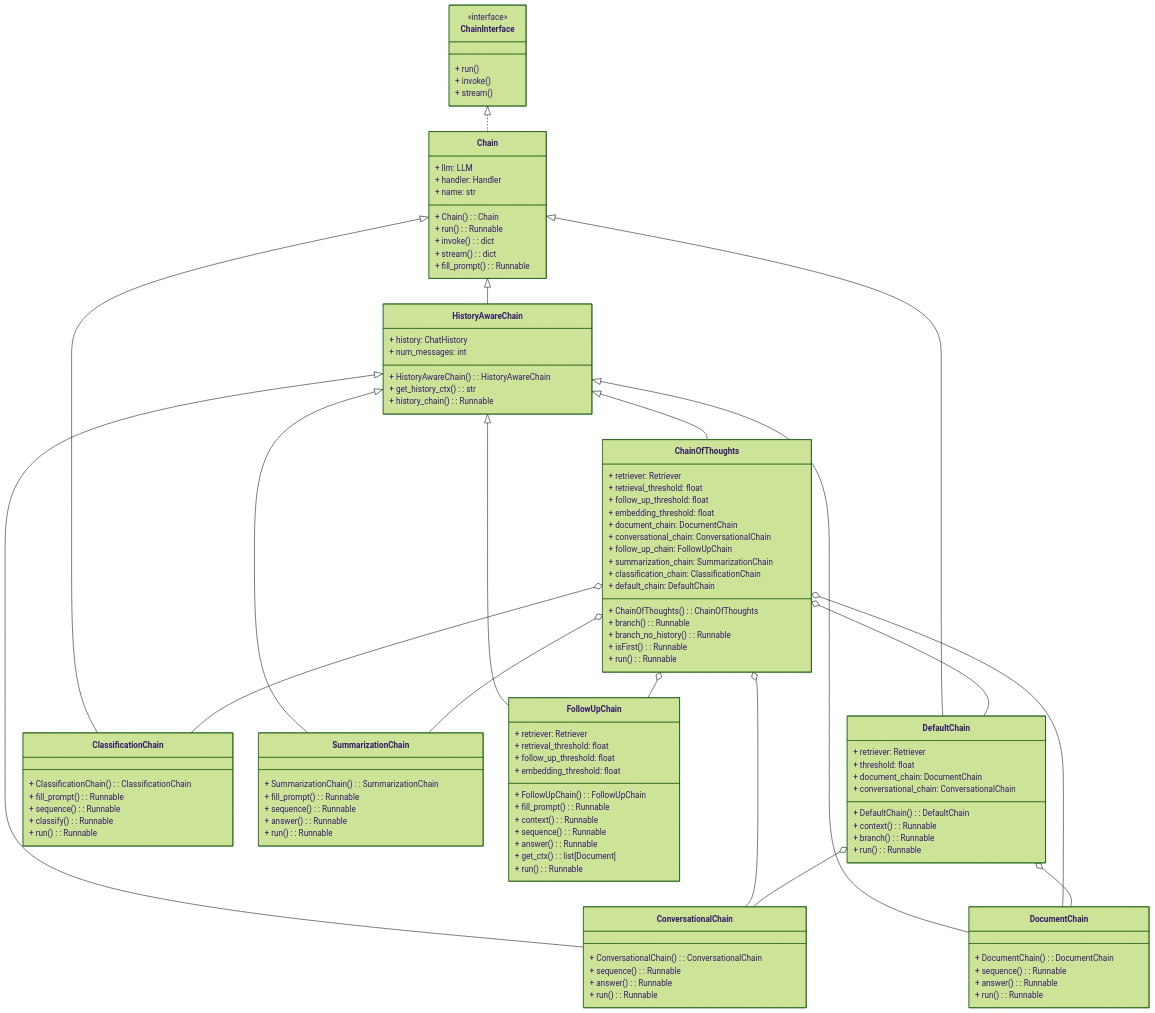
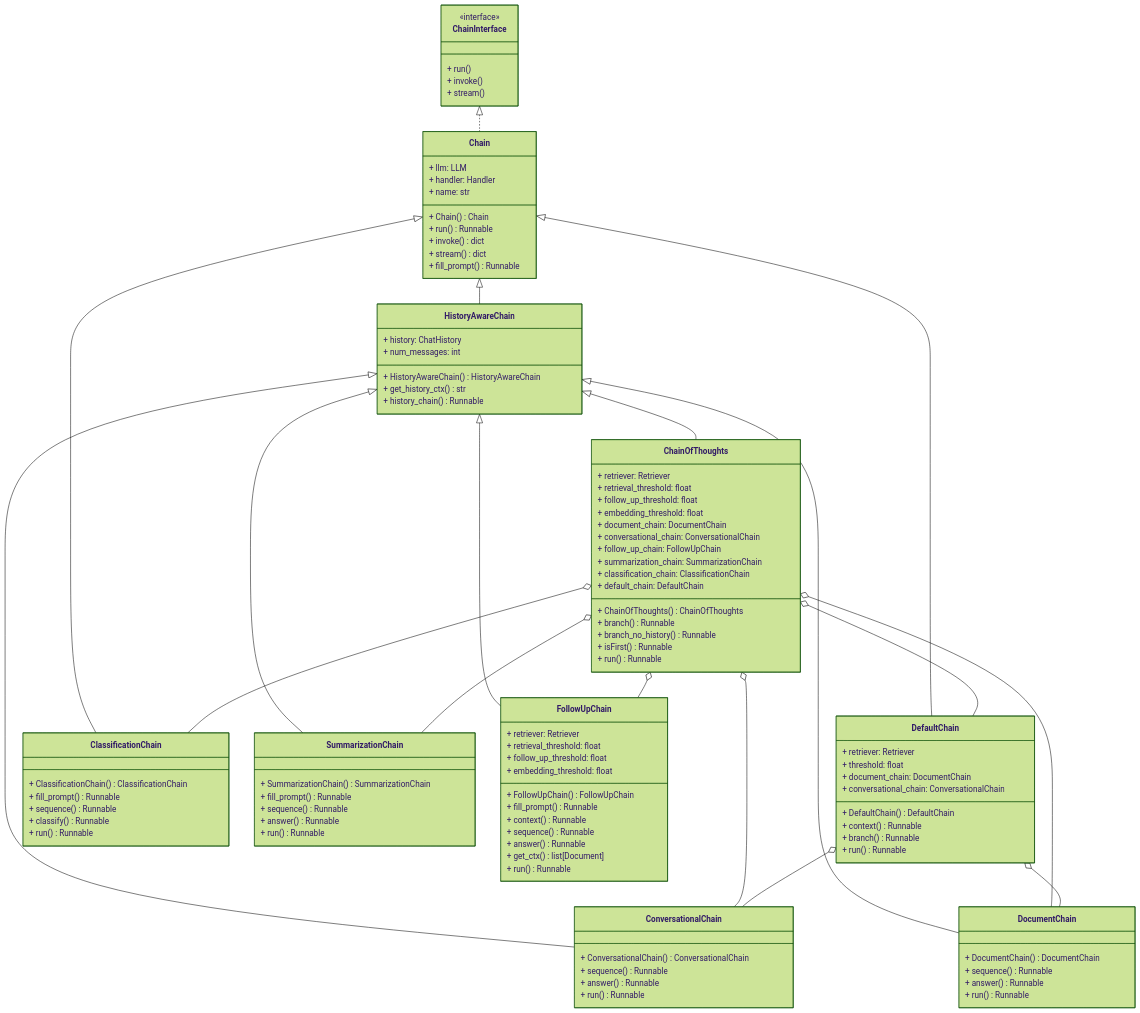
Before and after one commit to GiuseppeBellamacina/OmniBot: the diagram in README.md, drawn with Mermaid (forest theme). The commit also changed 1 other file, not shown here.

Commit message:
UML return type fix

```diff
--- a/README.md
+++ b/README.md
@@ -31,34 +31,34 @@
         + handler: Handler
         + name: str
 
-        + Chain(): Chain
-        + run(): Runnable
-        + invoke(): dict
-        + stream(): dict
-        + fill_prompt(): Runnable
+        + Chain() Chain
+        + run() Runnable
+        + invoke() dict
+        + stream() dict
+        + fill_prompt() Runnable
     }
 
     class HistoryAwareChain {
         + history: ChatHistory
         + num_messages: int
 
-        + HistoryAwareChain(): HistoryAwareChain
-        + get_history_ctx(): str
-        + history_chain(): Runnable
+        + HistoryAwareChain() HistoryAwareChain
+        + get_history_ctx() str
+        + history_chain() Runnable
     }
 
     class ConversationalChain {
-        + ConversationalChain(): ConversationalChain
-        + sequence(): Runnable
-        + answer(): Runnable
-        + run(): Runnable
+        + ConversationalChain() ConversationalChain
+        + sequence() Runnable
+        + answer() Runnable
+        + run() Runnable
     }
 
     class DocumentChain {
-        + DocumentChain(): DocumentChain
-        + sequence(): Runnable
-        + answer(): Runnable
-        + run(): Runnable
+        + DocumentChain() DocumentChain
+        + sequence() Runnable
+        + answer() Runnable
+        + run() Runnable
     }
 
     class DefaultChain {
@@ -67,26 +67,26 @@
         + document_chain: DocumentChain
         + conversational_chain: ConversationalChain
 
-        + DefaultChain(): DefaultChain
-        + context(): Runnable
-        + branch(): Runnable
-        + run(): Runnable
+        + DefaultChain() DefaultChain
+        + context() Runnable
+        + branch() Runnable
+        + run() Runnable
     }
 
     class ClassificationChain {
-        + ClassificationChain(): ClassificationChain
-        + fill_prompt(): Runnable
-        + sequence(): Runnable
-        + classify(): Runnable
-        + run(): Runnable
+        + ClassificationChain() ClassificationChain
+        + fill_prompt() Runnable
+        + sequence() Runnable
+        + classify() Runnable
+        + run() Runnable
     }
 
     class SummarizationChain {
-        + SummarizationChain(): SummarizationChain
-        + fill_prompt(): Runnable
-        + sequence(): Runnable
-        + answer(): Runnable
-        + run(): Runnable
+        + SummarizationChain() SummarizationChain
+        + fill_prompt() Runnable
+        + sequence() Runnable
+        + answer() Runnable
+        + run() Runnable
     }
 
     class FollowUpChain {
@@ -95,13 +95,13 @@
         + follow_up_threshold: float
         + embedding_threshold: float
 
-        + FollowUpChain(): FollowUpChain
-        + fill_prompt(): Runnable
-        + context(): Runnable
-        + sequence(): Runnable
-        + answer(): Runnable
-        + get_ctx(): list[Document]
-        + run(): Runnable
+        + FollowUpChain() FollowUpChain
+        + fill_prompt() Runnable
+        + context() Runnable
+        + sequence() Runnable
+        + answer() Runnable
+        + get_ctx() list[Document]
+        + run() Runnable
     }
 
     class ChainOfThoughts {
@@ -116,11 +116,11 @@
         + classification_chain: ClassificationChain
         + default_chain: DefaultChain
 
-        + ChainOfThoughts(): ChainOfThoughts
-        + branch(): Runnable
-        + branch_no_history(): Runnable
-        + isFirst(): Runnable
-        + run(): Runnable
+        + ChainOfThoughts() ChainOfThoughts
+        + branch() Runnable
+        + branch_no_history() Runnable
+        + isFirst() Runnable
+        + run() Runnable
     }
 
     ChainInterface <|.. Chain
```
